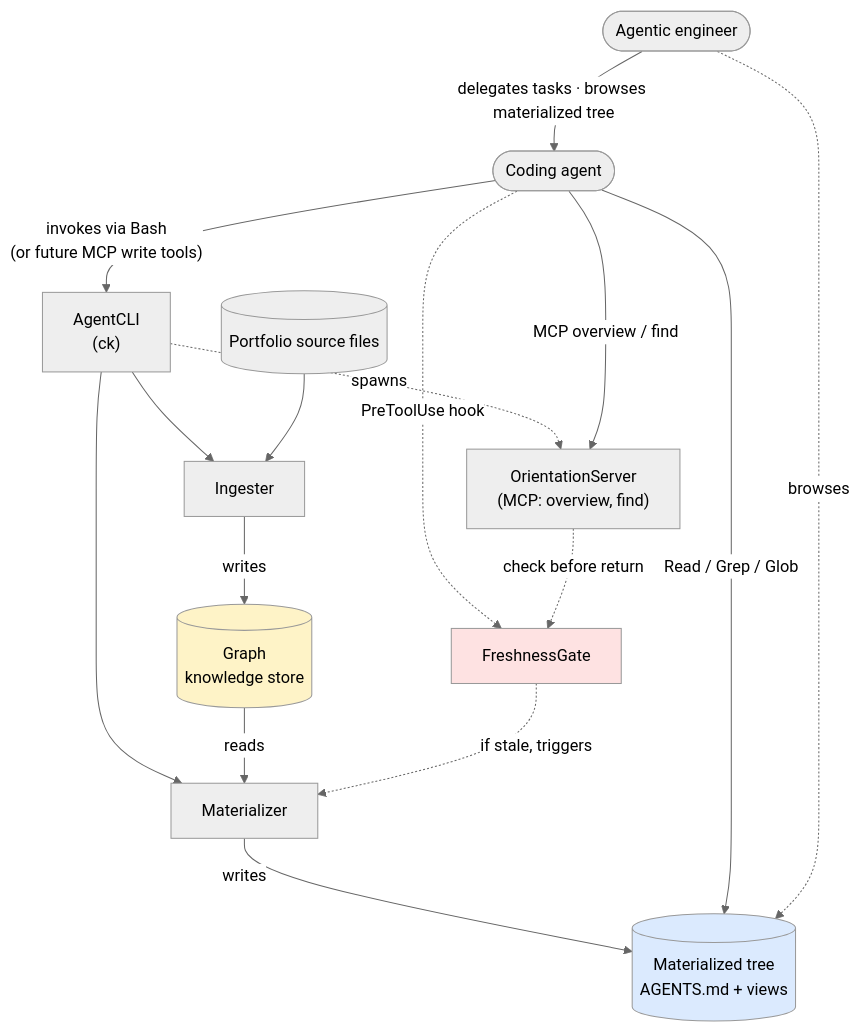
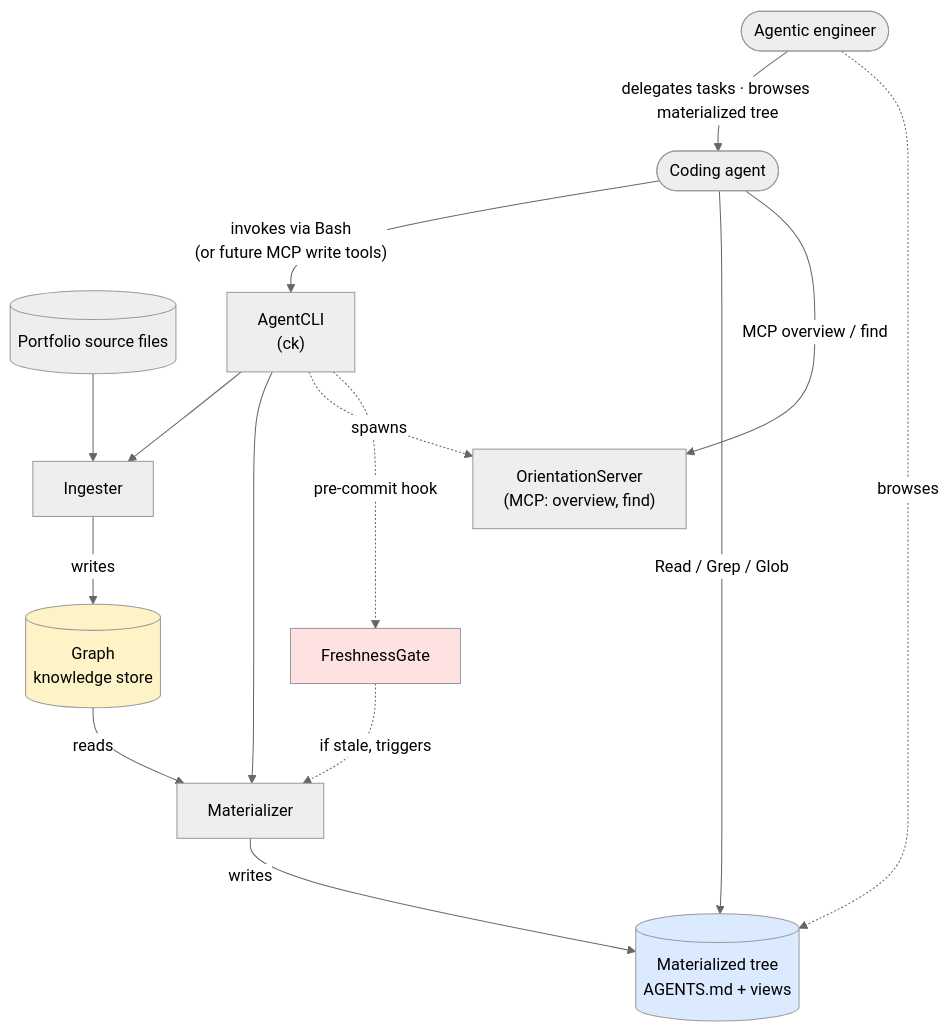
The diagram in ARCHITECTURE.md (SirWhack/context-kernel), drawn with Mermaid (neutral theme) before and after one commit. The commit also changed other lines of this file and 29 other files, not shown here.

First line of the commit message:
Implement S1 Phase 1 (all pure-logic modules) + S2 (pre-commit hook)

````diff
--- a/ARCHITECTURE.md
+++ b/ARCHITECTURE.md
@@ -37,49 +37,48 @@
 ```mermaid
 flowchart TD
     %% Actors
     Operator([Agentic engineer])
     Agent([Coding agent])
 
     %% External data
     Sources[("Portfolio source files")]
     Tree[("Materialized tree<br/>AGENTS.md + views")]
 
     %% Modules
     CLI["AgentCLI<br/>(ck)"]
     Ingester["Ingester"]
     Graph[("Graph<br/>knowledge store")]
     Materializer["Materializer"]
     Gate["FreshnessGate"]
     MCP["OrientationServer<br/>(MCP: overview, find)"]
 
     %% Delegation flow
     Operator -->|"delegates tasks · browses materialized tree"| Agent
 
     %% Agent operates the kernel
     Agent -->|"invokes via Bash<br/>(or future MCP write tools)"| CLI
     CLI --> Ingester
     CLI --> Materializer
     CLI -.spawns.-> MCP
 
     %% Pipeline
     Sources --> Ingester
     Ingester -->|writes| Graph
     Graph -->|reads| Materializer
     Materializer -->|writes| Tree
 
     %% Agent reads
     Agent -->|Read / Grep / Glob| Tree
     Agent -->|MCP overview / find| MCP
 
     %% Optional human read path (browsing)
     Operator -.browses.-> Tree
 
     %% Freshness enforcement
-    Agent -.PreToolUse hook.-> Gate
-    MCP -.check before return.-> Gate
+    CLI -.pre-commit hook.-> Gate
     Gate -.if stale, triggers.-> Materializer
 
     style Graph fill:#fef3c7
     style Tree fill:#dbeafe
     style Gate fill:#fee2e2
 ```
````
